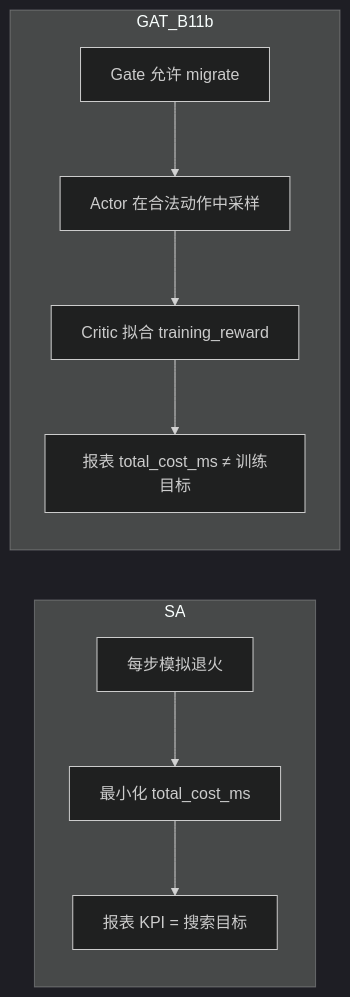
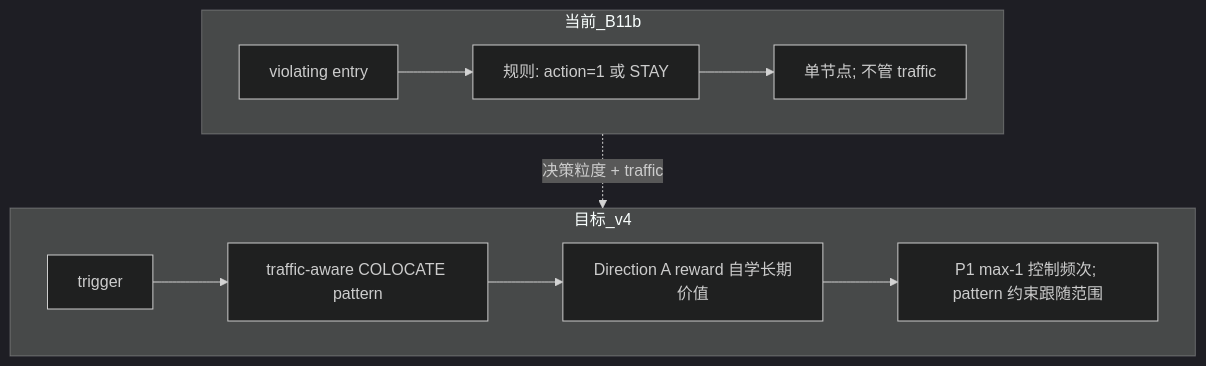
Before and after one commit to Astralore/Migration: the second of 3 diagrams in update.md, drawn with Mermaid (dark theme). The commit also changed other lines of this file and 19 other files, not shown here.

````diff
--- a/update.md
+++ b/update.md
@@ -286,12 +695,13 @@
 ```mermaid
-flowchart LR
-    subgraph SA
-        S1["每步模拟退火"] --> S2["最小化 total_cost_ms"]
-        S2 --> S3["报表 KPI = 搜索目标"]
+flowchart TB
+    subgraph 当前_B11b
+        R1["violating entry"] --> R2["规则: action=1 或 STAY"]
+        R2 --> R3["单节点; 不管 traffic"]
     end
-    subgraph GAT_B11b
-        G1["Gate 允许 migrate"] --> G2["Actor 在合法动作中采样"]
-        G2 --> G3["Critic 拟合 training_reward"]
-        G3 --> G4["报表 total_cost_ms ≠ 训练目标"]
+    subgraph 目标_v4
+        T1["trigger"] --> T2["traffic-aware COLOCATE pattern"]
+        T2 --> T3["Direction A reward 自学长期价值"]
+        T3 --> T4["P1 max-1 控制频次; pattern 约束跟随范围"]
     end
+    当前_B11b -.->|"决策粒度 + traffic"| 目标_v4
 ```
````
